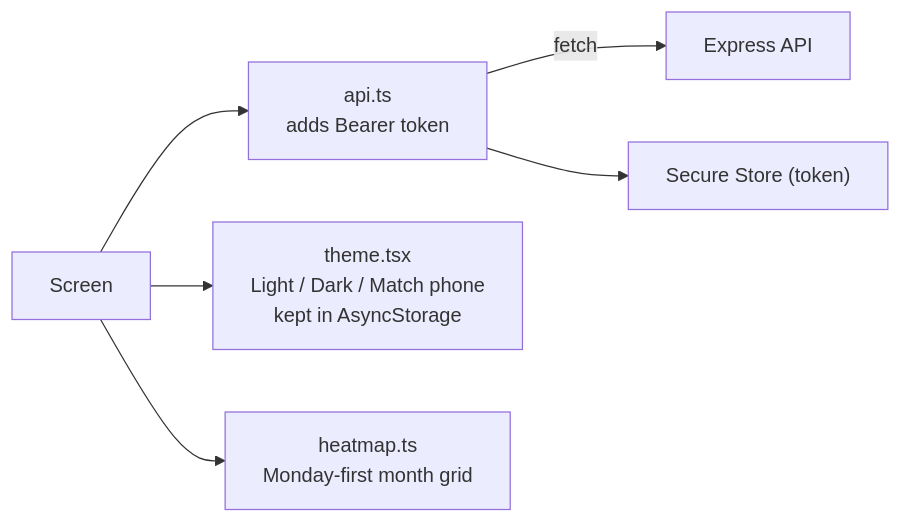
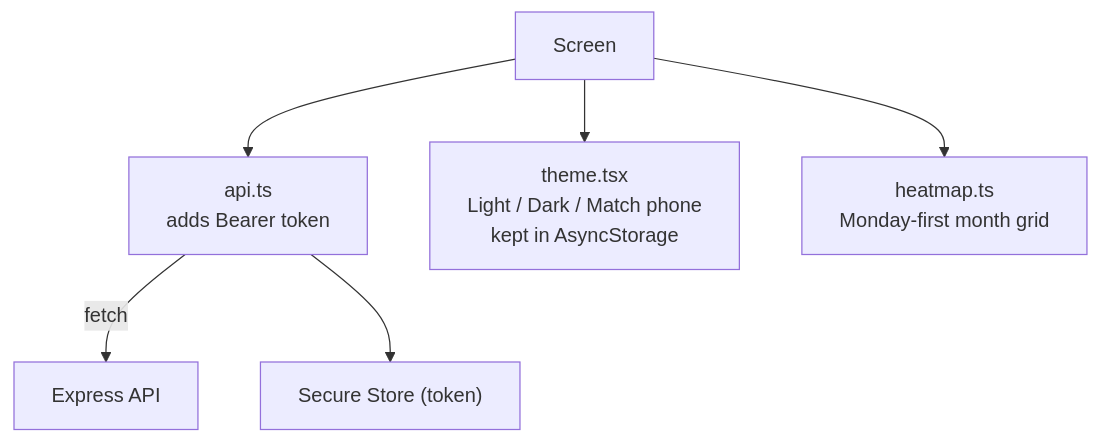
One commit to laxayk/Aadat changed the fourth of 4 diagrams in README.md. Above: the diagram before and after it, drawn with Mermaid. The commit also changed other lines of this file, not shown here.

Commit message:
README: stack the code-flow diagrams vertically so they stay readable

````diff
--- a/README.md
+++ b/README.md
@@ -113,8 +113,8 @@
 ```mermaid
-flowchart LR
+flowchart TD
     Screen["Screen"] --> Api["api.ts<br/>adds Bearer token"]
     Api -->|"fetch"| Backend["Express API"]
     Api --> Store["Secure Store (token)"]
     Screen --> Theme["theme.tsx<br/>Light / Dark / Match phone<br/>kept in AsyncStorage"]
     Screen --> Heat["heatmap.ts<br/>Monday-first month grid"]
 ```
````
